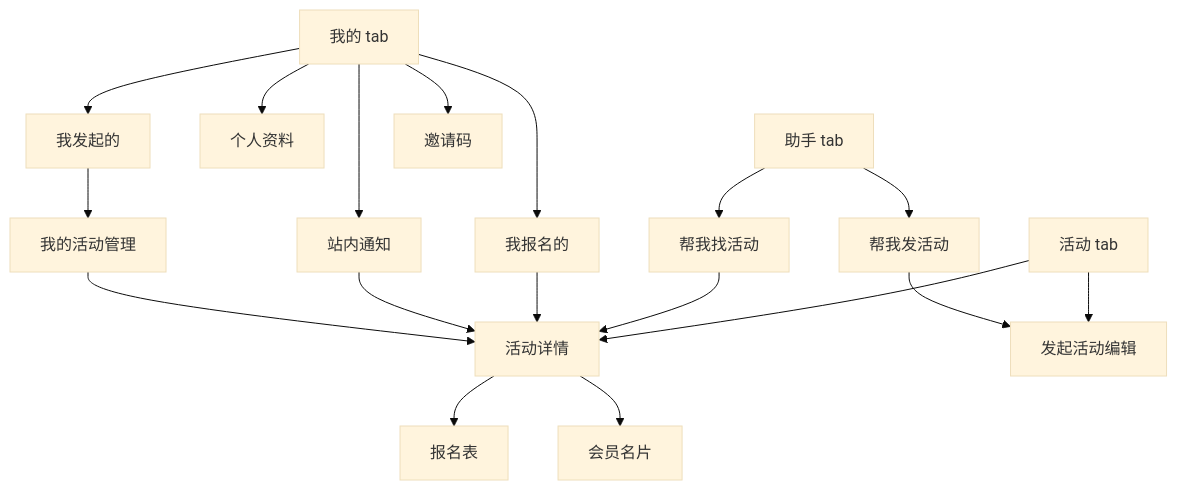
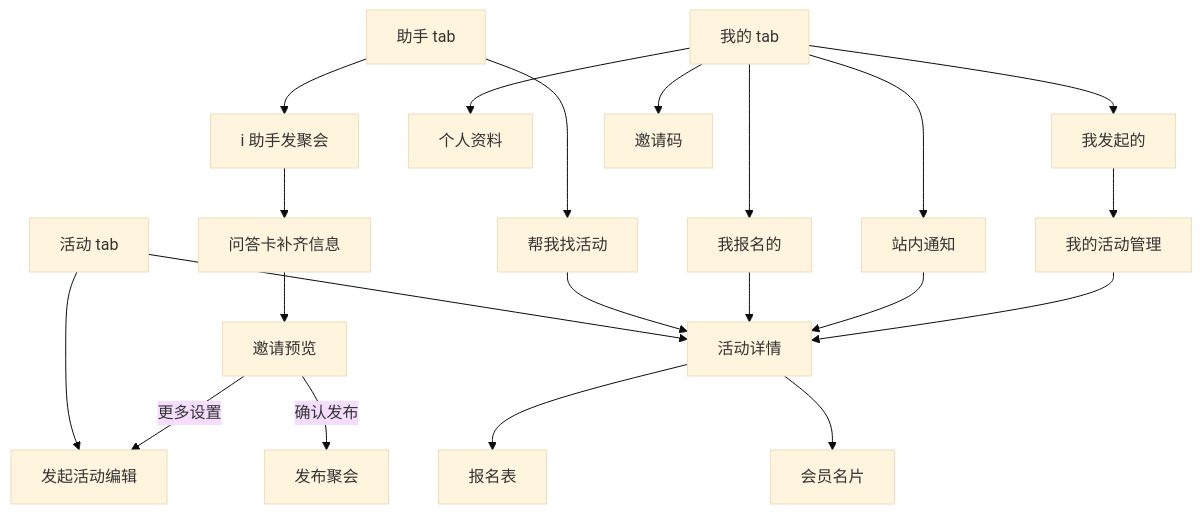
One commit to Linrose-1/huiju changed the diagram in docs/product/小程序框架与导航.md. Above: the diagram before and after it, drawn with Mermaid (base theme). The commit also changed other lines of this file and 32 other files, not shown here.

````diff
--- a/docs/product/小程序框架与导航.md
+++ b/docs/product/小程序框架与导航.md
@@ -77,20 +77,22 @@
 ```mermaid
 flowchart TD
   A[活动 tab] --> D[活动详情]
   A --> E[发起活动编辑]
-  H[助手 tab] --> H1[帮我发活动]
+  H[助手 tab] --> H1[i 助手发聚会]
   H[助手 tab] --> H2[帮我找活动]
-  H1 --> E
+  H1 --> Q[问答卡补齐信息] --> V[邀请预览]
+  V -->|更多设置| E
+  V -->|确认发布| P1[发布聚会]
   H2 --> D
   D --> R[报名表]
   D --> P[会员名片]
   M[我的 tab] --> F[个人资料]
   M --> B[我报名的]
   M --> O[我发起的]
   M --> N[站内通知]
   M --> I[邀请码]
   B --> D
   O --> G[我的活动管理]
   N --> D
   G --> D
 ```
````
